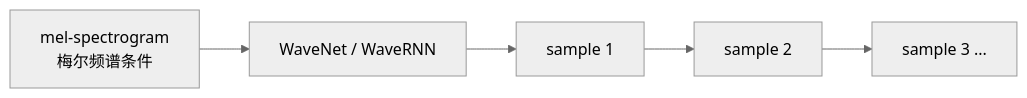
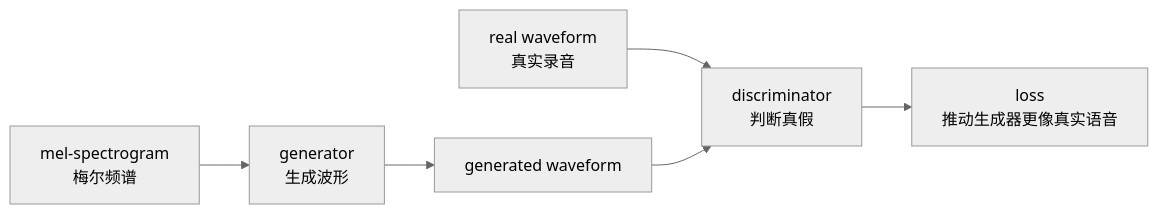
Before and after one commit to dugenkui03/OmniVoice: the fourth of 10 diagrams in books/chapter09_Vocoder与波形生成.md, drawn with Mermaid (neutral theme). The commit also changed other lines of this file and 2 other files, not shown here.

````diff
--- a/books/chapter09_Vocoder与波形生成.md
+++ b/books/chapter09_Vocoder与波形生成.md
@@ -115,7 +224,8 @@
 ```mermaid
 flowchart LR
-    A["mel-spectrogram<br/>梅尔频谱条件"] --> B["WaveNet / WaveRNN"]
-    B --> C["sample 1"]
-    C --> D["sample 2"]
-    D --> E["sample 3 ..."]
+    A["mel-spectrogram<br/>梅尔频谱"] --> B["generator<br/>生成波形"]
+    B --> C["generated waveform"]
+    D["real waveform<br/>真实录音"] --> E["discriminator<br/>判断真假"]
+    C --> E
+    E --> F["loss<br/>推动生成器更像真实语音"]
 ```
````
